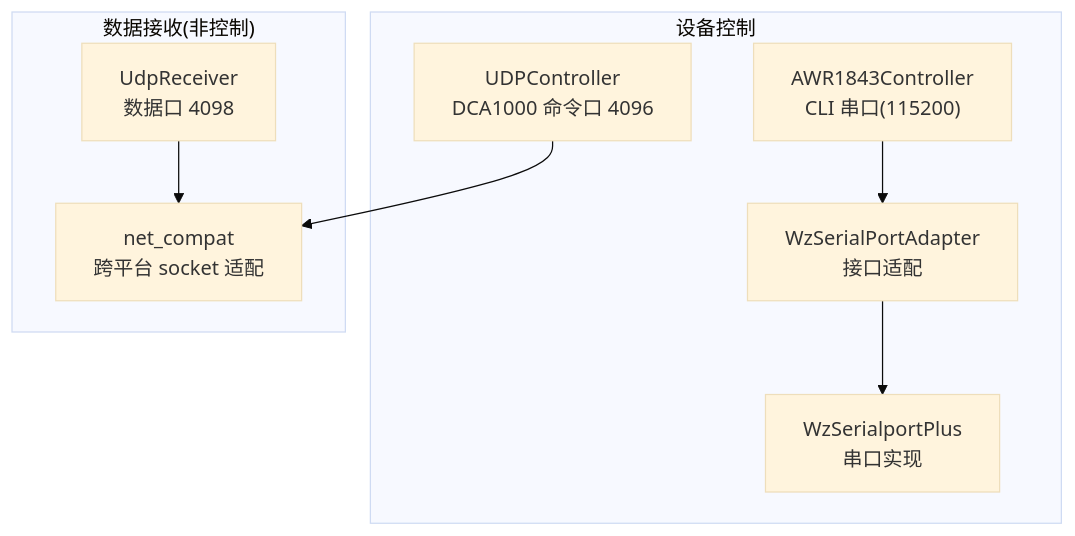
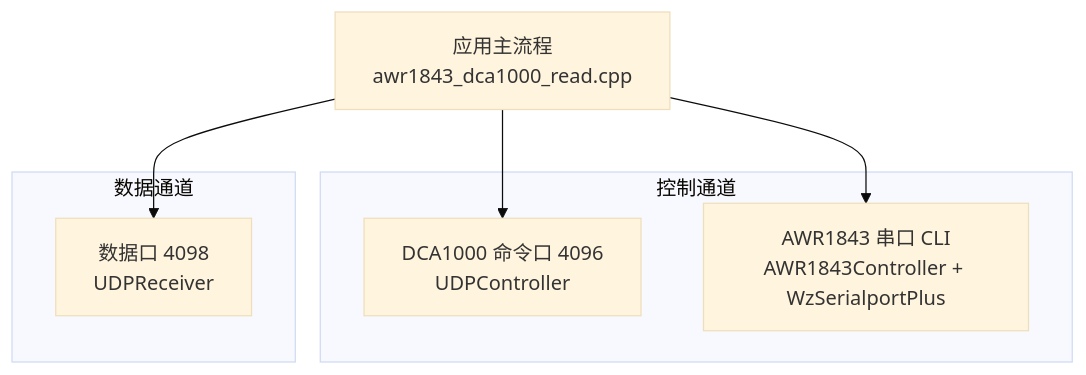
Before and after one commit to Lukad77/awr1843-radar-toolkit: the first of 7 diagrams in .qoder/repowiki/zh/content/雷达与 DCA1000 设备控制/雷达与 DCA1000 设备控制.md, drawn with Mermaid (base theme). The commit also changed other lines of this file and 106 other files, not shown here.

````diff
--- a/.qoder/repowiki/zh/content/雷达与 DCA1000 设备控制/雷达与 DCA1000 设备控制.md
+++ b/.qoder/repowiki/zh/content/雷达与 DCA1000 设备控制/雷达与 DCA1000 设备控制.md
@@ -44,17 +45,14 @@
 ```mermaid
 graph TB
-subgraph "设备控制"
-UDC["UDPController<br/>DCA1000 命令口 4096"]
-ARCTRL["AWR1843Controller<br/>CLI 串口(115200)"]
-WZP["WzSerialportPlus<br/>串口实现"]
-ADPT["WzSerialPortAdapter<br/>接口适配"]
+subgraph "控制通道"
+UDC["DCA1000 命令口 4096<br/>UDPController"]
+SRI["AWR1843 串口 CLI<br/>AWR1843Controller + WzSerialportPlus"]
 end
-subgraph "数据接收(非控制)"
-URX["UdpReceiver<br/>数据口 4098"]
-NET["net_compat<br/>跨平台 socket 适配"]
+subgraph "数据通道"
+DRX["数据口 4098<br/>UDPReceiver"]
 end
-UDC --> NET
-ARCTRL --> ADPT
-ADPT --> WZP
-URX --> NET
+APP["应用主流程<br/>awr1843_dca1000_read.cpp"]
+APP --> UDC
+APP --> SRI
+APP --> DRX
 ```
````
